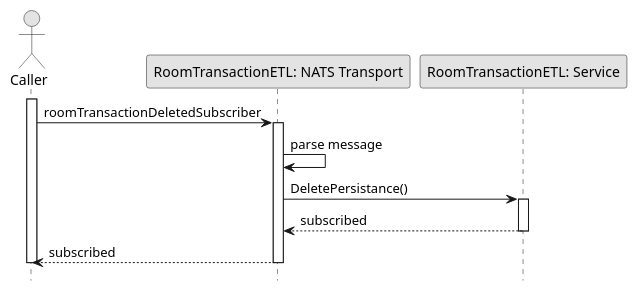
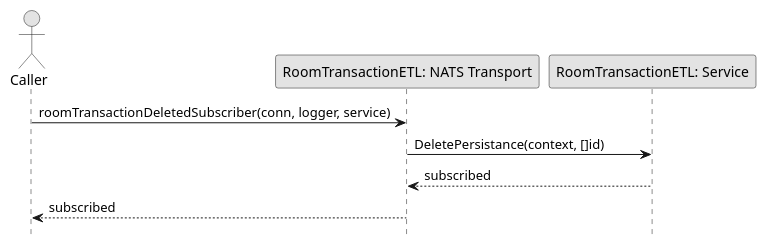
Before and after one commit to fwidjaya20/fazzlearning-uml: the diagram in Sequence/Release02/EVENT_SubscribeRTDelete.wsd, drawn with PlantUML. The commit also changed 29 other files, not shown here.

Commit message:
fix(sequence): fix invalid sequence

```diff
--- a/Sequence/Release02/EVENT_SubscribeRTDelete.wsd
+++ b/Sequence/Release02/EVENT_SubscribeRTDelete.wsd
@@ -1,26 +1,17 @@
 @startuml SubscribeRTDeleted
 
 skinparam ConditionStyle hline
 skinparam Monochrome true
 skinparam Shadowing false
 hide footbox
 
 actor Caller
 participant "RoomTransactionETL: NATS Transport" as RoomTransactionETLNATSTransport
 participant "RoomTransactionETL: Service" as RoomTransactionETLService
 
-activate Caller
-
-Caller->RoomTransactionETLNATSTransport: roomTransactionDeletedSubscriber
-activate RoomTransactionETLNATSTransport
-RoomTransactionETLNATSTransport->RoomTransactionETLNATSTransport: parse message
-RoomTransactionETLNATSTransport->RoomTransactionETLService: DeletePersistance()
-activate RoomTransactionETLService
+Caller->RoomTransactionETLNATSTransport: roomTransactionDeletedSubscriber(conn, logger, service)
+RoomTransactionETLNATSTransport->RoomTransactionETLService: DeletePersistance(context, []id)
 RoomTransactionETLService-->RoomTransactionETLNATSTransport: subscribed
-deactivate RoomTransactionETLService
 RoomTransactionETLNATSTransport-->Caller: subscribed
-deactivate RoomTransactionETLNATSTransport
-
-deactivate Caller
 
 @enduml
```
